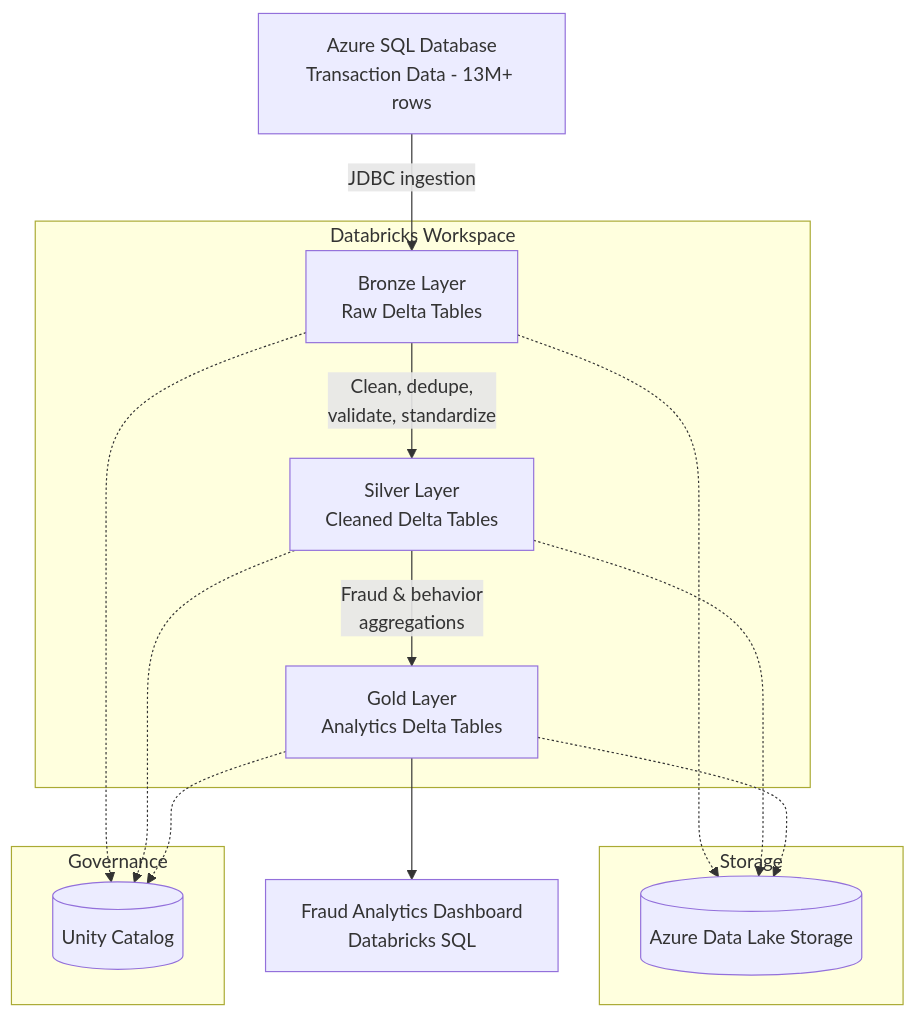
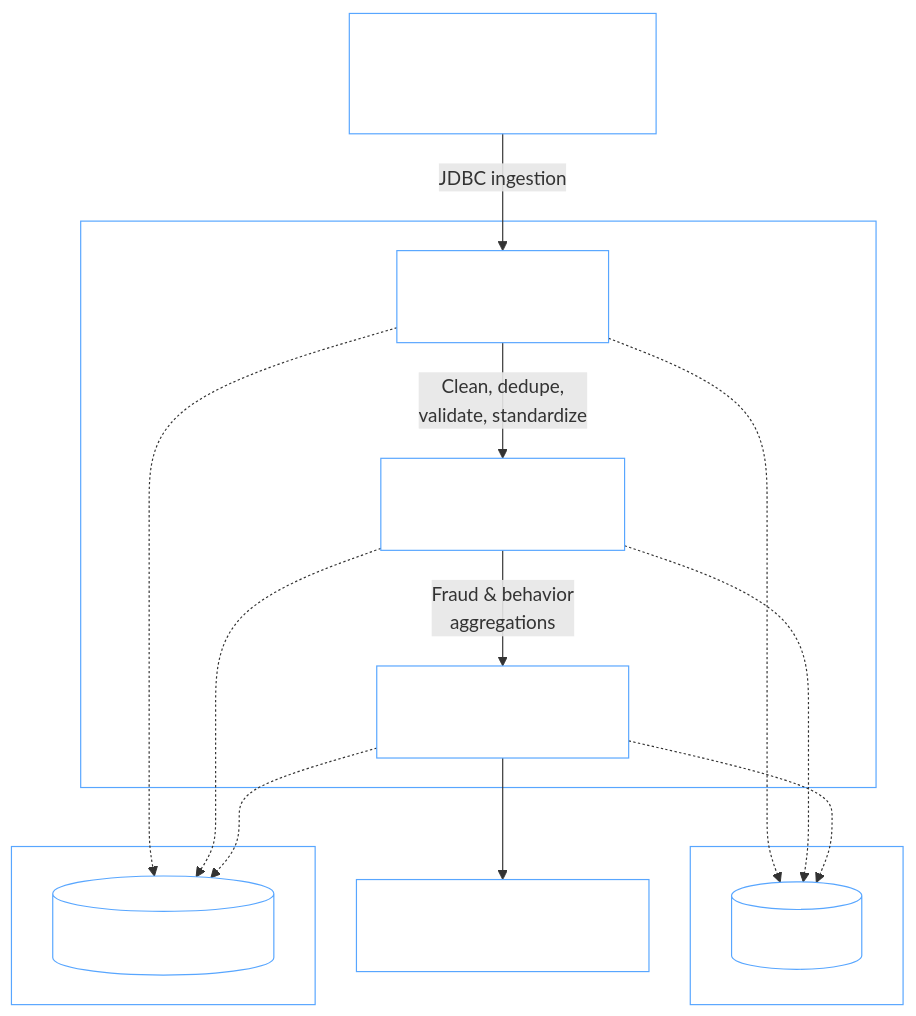
Before and after one commit to jarviscanada/jarvis_data_eng_FredeEmnetu: the first of 2 diagrams in spark/README.md, drawn with Mermaid. The commit also changed other lines of this file, not shown here.

Commit message:
improved graphs

````diff
--- a/spark/README.md
+++ b/spark/README.md
@@ -44,28 +44,35 @@
 ```mermaid
 flowchart TD
     A[Azure SQL Database<br/>Transaction Data - 13M+ rows] -->|JDBC ingestion| B[Bronze Layer<br/>Raw Delta Tables]
     B -->|Clean, dedupe,<br/>validate, standardize| C[Silver Layer<br/>Cleaned Delta Tables]
     C -->|Fraud & behavior<br/>aggregations| D[Gold Layer<br/>Analytics Delta Tables]
     D --> E[Fraud Analytics Dashboard<br/>Databricks SQL]
-
-    subgraph Databricks Workspace
+ 
+    subgraph WS[Databricks Workspace]
         B
         C
         D
     end
-
-    subgraph Storage
+ 
+    subgraph GOV[Governance]
+        G[(Unity Catalog)]
+    end
+ 
+    subgraph STORE[Storage]
         F[(Azure Data Lake Storage)]
     end
-
-    subgraph Governance
-        G[(Unity Catalog)]
-    end
-
+ 
     B -.-> F
     C -.-> F
     D -.-> F
     B -.-> G
     C -.-> G
     D -.-> G
+ 
+    classDef node fill:transparent,stroke:#58a6ff,stroke-width:1px,color:#ffffff
+    class A,B,C,D,E,F,G node
+ 
+    style WS fill:transparent,stroke:#58a6ff,color:#ffffff
+    style GOV fill:transparent,stroke:#58a6ff,color:#ffffff
+    style STORE fill:transparent,stroke:#58a6ff,color:#ffffff
 ```
````
